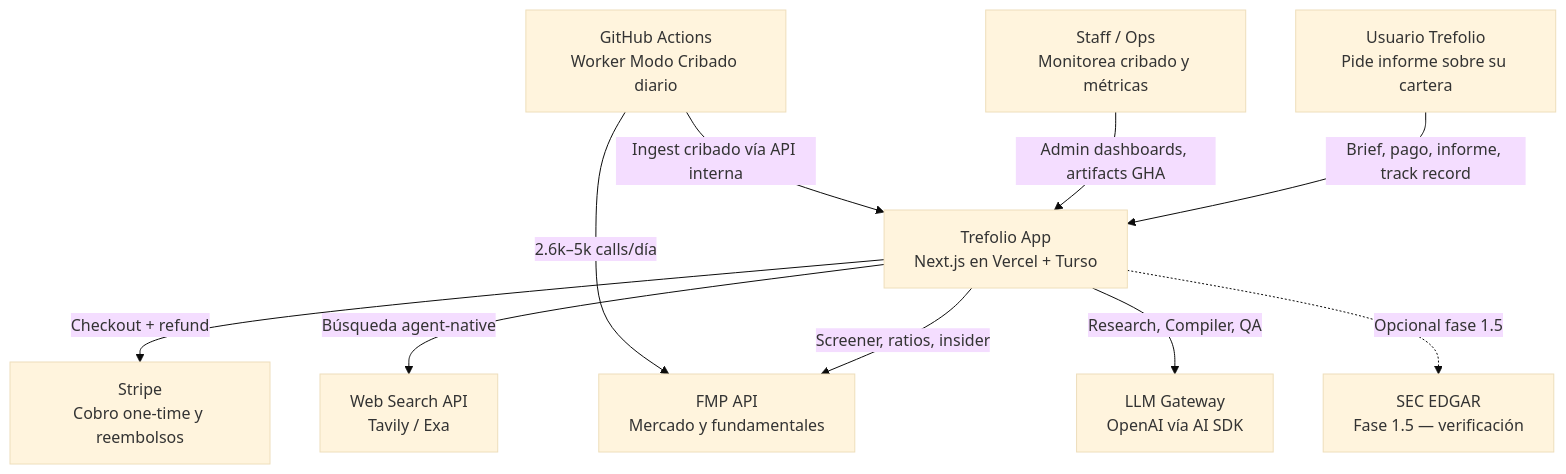
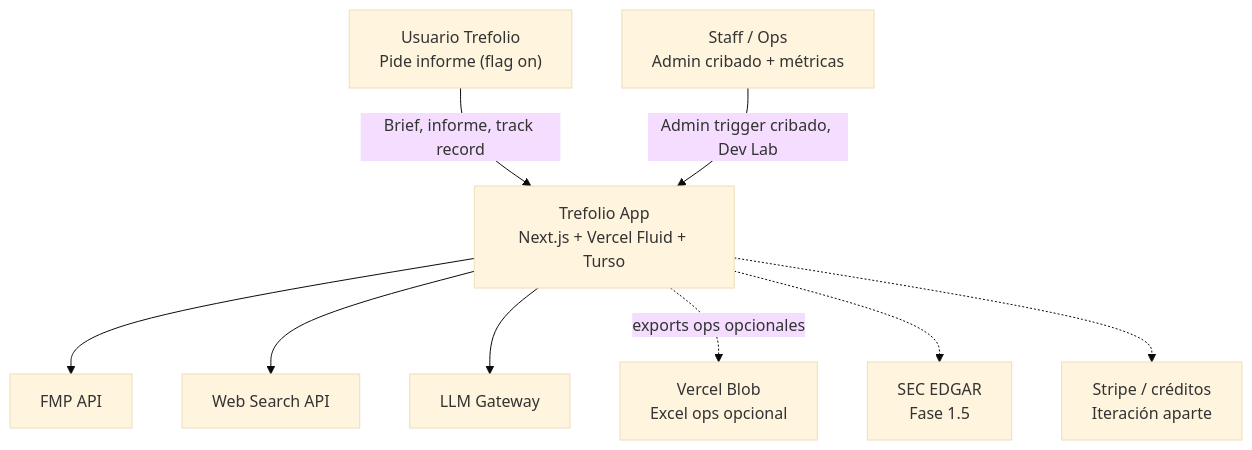
The first of 8 diagrams in docs/HLD_INVESTMENT_SCREENING_AGENTS.md (kyberis/stocktracker), drawn with Mermaid (base theme) before and after one commit. The commit also changed other lines of this file and 53 other files, not shown here.

````diff
--- a/docs/HLD_INVESTMENT_SCREENING_AGENTS.md
+++ b/docs/HLD_INVESTMENT_SCREENING_AGENTS.md
@@ -11,24 +11,23 @@
 ```mermaid
 flowchart TB
-    user["Usuario Trefolio<br/>Pide informe sobre su cartera"]
-    ops["Staff / Ops<br/>Monitorea cribado y métricas"]
+    user["Usuario Trefolio<br/>Pide informe (flag on)"]
+    ops["Staff / Ops<br/>Admin cribado + métricas"]
 
-    trefolio["Trefolio App<br/>Next.js en Vercel + Turso"]
+    trefolio["Trefolio App<br/>Next.js + Vercel Fluid + Turso"]
 
-    stripe["Stripe<br/>Cobro one-time y reembolsos"]
-    fmp["FMP API<br/>Mercado y fundamentales"]
-    search["Web Search API<br/>Tavily / Exa"]
-    llm["LLM Gateway<br/>OpenAI vía AI SDK"]
-    gha["GitHub Actions<br/>Worker Modo Cribado diario"]
-    sec["SEC EDGAR<br/>Fase 1.5 — verificación"]
+    fmp["FMP API"]
+    search["Web Search API"]
+    llm["LLM Gateway"]
+    blob["Vercel Blob<br/>Excel ops opcional"]
+    sec["SEC EDGAR<br/>Fase 1.5"]
+    stripeFuture["Stripe / créditos<br/>Iteración aparte"]
 
-    user -->|"Brief, pago, informe, track record"| trefolio
-    ops -->|"Admin dashboards, artifacts GHA"| trefolio
-    trefolio -->|"Checkout + refund"| stripe
-    trefolio -->|"Screener, ratios, insider"| fmp
-    trefolio -->|"Búsqueda agent-native"| search
-    trefolio -->|"Research, Compiler, QA"| llm
-    trefolio -.->|"Opcional fase 1.5"| sec
-    gha -->|"Ingest cribado vía API interna"| trefolio
-    gha -->|"2.6k–5k calls/día"| fmp
+    user -->|"Brief, informe, track record"| trefolio
+    ops -->|"Admin trigger cribado, Dev Lab"| trefolio
+    trefolio --> fmp
+    trefolio --> search
+    trefolio --> llm
+    trefolio -.->|"exports ops opcionales"| blob
+    trefolio -.-> sec
+    trefolio -.-> stripeFuture
 ```
````
